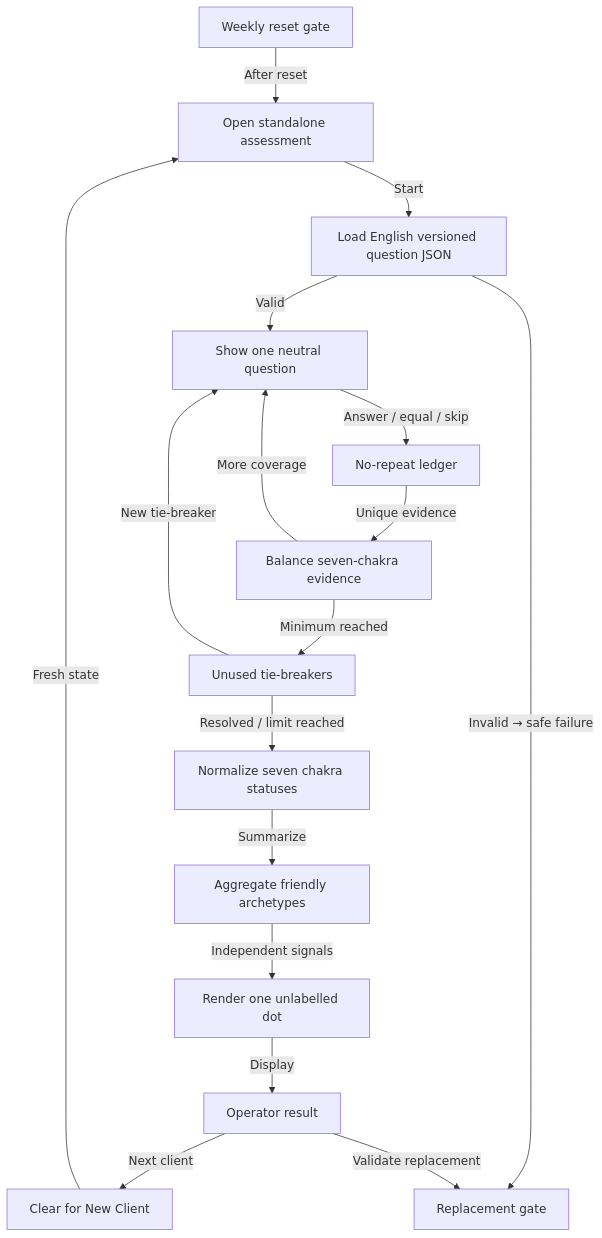
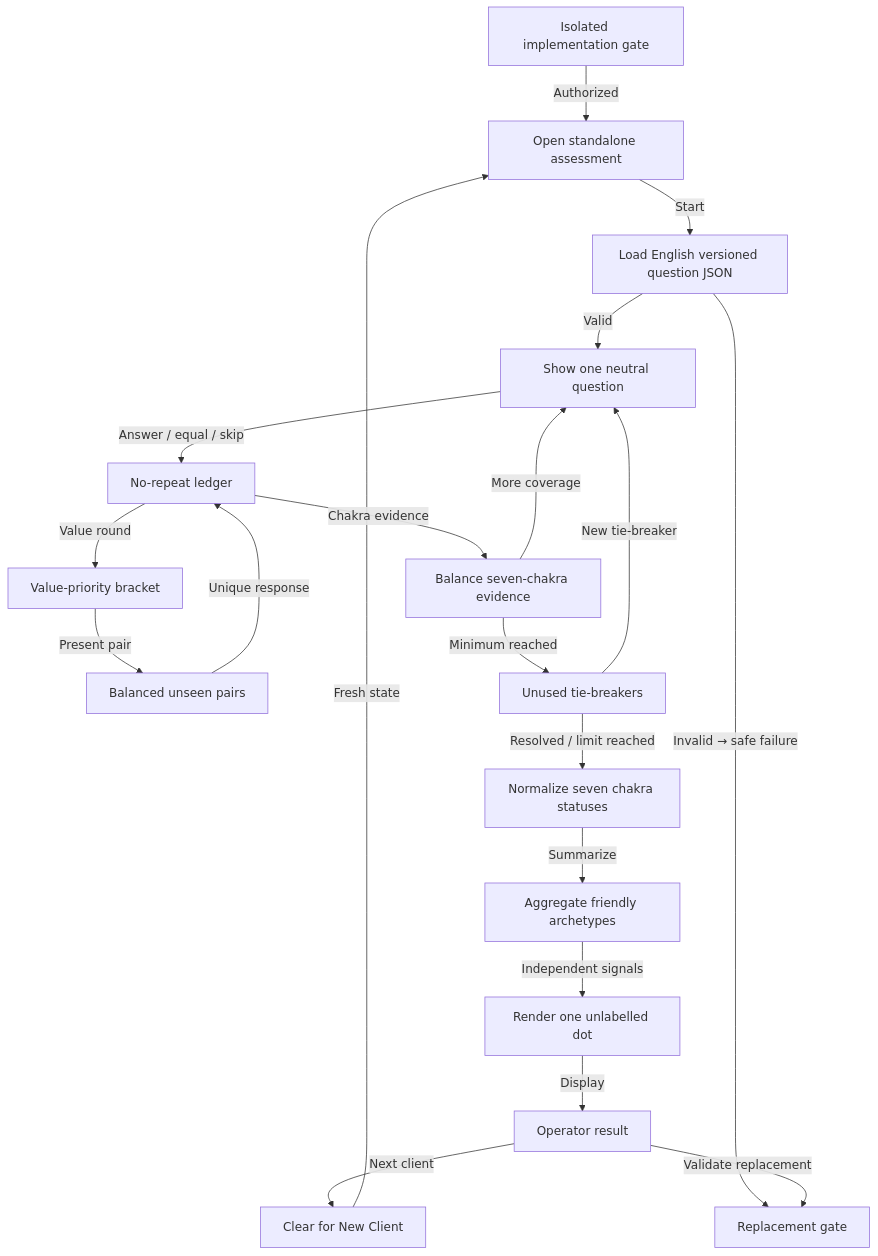
One commit to missionode/lite changed diagram 31 of 33 in docs/app-map/FLOW-REFERENCE.md. Above: the diagram before and after it, drawn with Mermaid. The commit also changed other lines of this file and 14 other files, not shown here.

````diff
--- a/docs/app-map/FLOW-REFERENCE.md
+++ b/docs/app-map/FLOW-REFERENCE.md
@@ -1414,32 +1442,37 @@
 ```mermaid
 flowchart TD
-  gate["Weekly reset gate"]
+  gate["Isolated implementation gate"]
   open["Open standalone assessment"]
   load["Load English versioned question JSON"]
   ask["Show one neutral question"]
   ledger["No-repeat ledger"]
+  values["Value-priority bracket"]
+  pairs["Balanced unseen pairs"]
   coverage["Balance seven-chakra evidence"]
   tiebreak["Unused tie-breakers"]
   score["Normalize seven chakra statuses"]
   archetypes["Aggregate friendly archetypes"]
   dot["Render one unlabelled dot"]
   result["Operator result"]
   clear["Clear for New Client"]
   verify["Replacement gate"]
-  gate -->|"After reset"| open
+  gate -->|"Authorized"| open
   open -->|"Start"| load
   load -->|"Valid"| ask
   load -->|"Invalid → safe failure"| verify
   ask -->|"Answer / equal / skip"| ledger
-  ledger -->|"Unique evidence"| coverage
+  ledger -->|"Chakra evidence"| coverage
+  ledger -->|"Value round"| values
+  values -->|"Present pair"| pairs
+  pairs -->|"Unique response"| ledger
   coverage -->|"More coverage"| ask
   coverage -->|"Minimum reached"| tiebreak
   tiebreak -->|"New tie-breaker"| ask
   tiebreak -->|"Resolved / limit reached"| score
   score -->|"Summarize"| archetypes
   archetypes -->|"Independent signals"| dot
   dot -->|"Display"| result
   result -->|"Next client"| clear
   clear -->|"Fresh state"| open
   result -->|"Validate replacement"| verify
 ```
````
